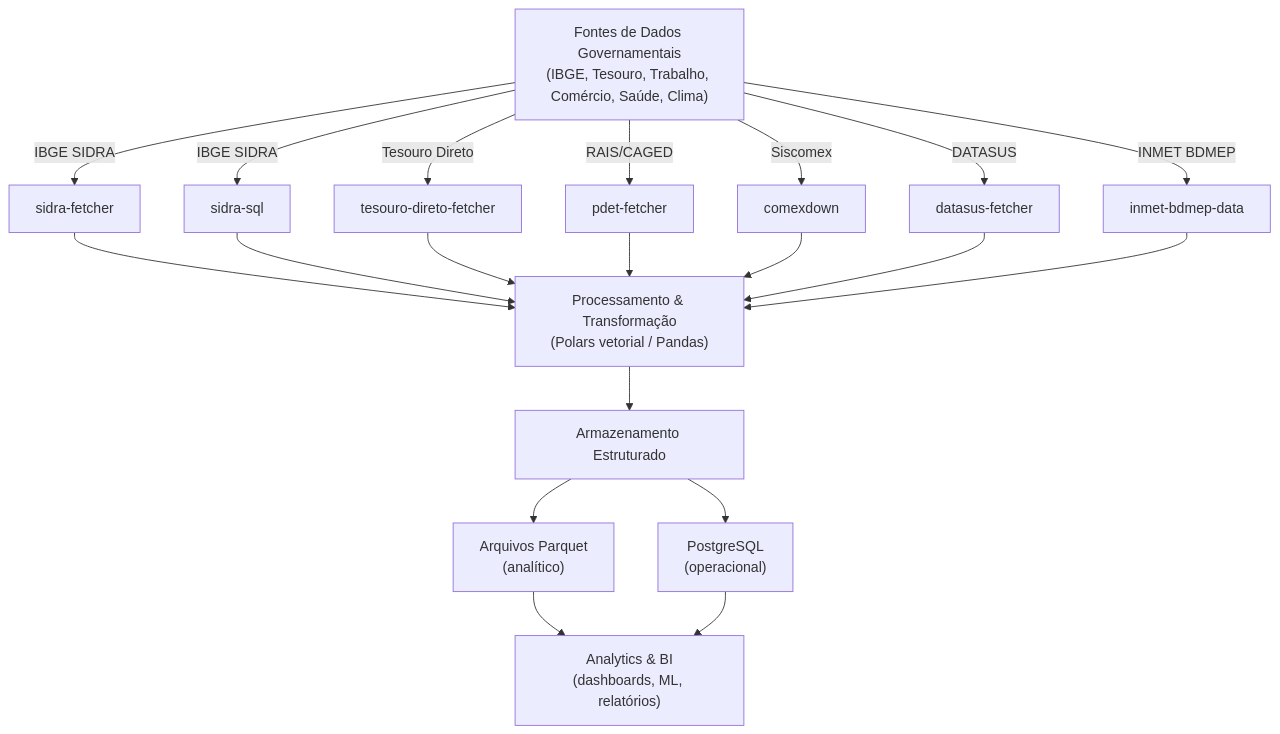
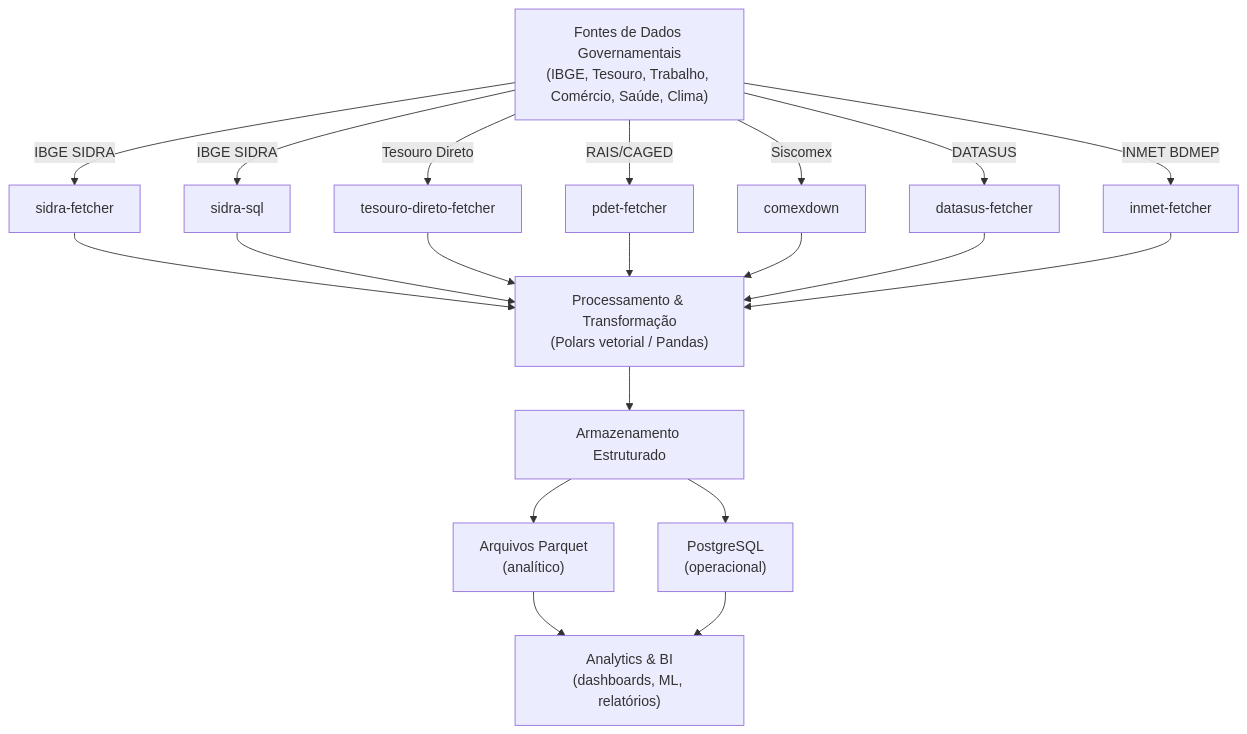
One commit to Quantilica/docs changed the first of 6 diagrams in docs/concepts/arquitetura.md. Above: the diagram before and after it, drawn with Mermaid. The commit also changed other lines of this file and 5 other files, not shown here.

First line of the commit message:
docs: rename inmet-bdmep-data → inmet-fetcher throughout

````diff
--- a/docs/concepts/arquitetura.md
+++ b/docs/concepts/arquitetura.md
@@ -7,27 +7,27 @@
 ```mermaid
 graph TD
     Sources["Fontes de Dados Governamentais<br/>(IBGE, Tesouro, Trabalho, Comércio, Saúde, Clima)"]
 
     Sources -->|IBGE SIDRA| SF["sidra-fetcher"]
     Sources -->|IBGE SIDRA| SQL["sidra-sql"]
     Sources -->|Tesouro Direto| TD["tesouro-direto-fetcher"]
     Sources -->|RAIS/CAGED| PD["pdet-fetcher"]
     Sources -->|Siscomex| CX["comexdown"]
     Sources -->|DATASUS| DS["datasus-fetcher"]
-    Sources -->|INMET BDMEP| IN["inmet-bdmep-data"]
+    Sources -->|INMET BDMEP| IN["inmet-fetcher"]
 
     SF --> Processing["Processamento & Transformação<br/>(Polars vetorial / Pandas)"]
     SQL --> Processing
     TD --> Processing
     PD --> Processing
     CX --> Processing
     DS --> Processing
     IN --> Processing
 
     Processing --> Storage["Armazenamento Estruturado"]
     Storage --> PQ["Arquivos Parquet<br/>(analítico)"]
     Storage --> PG["PostgreSQL<br/>(operacional)"]
 
     PQ --> Analytics["Analytics & BI<br/>(dashboards, ML, relatórios)"]
     PG --> Analytics
 ```
````
